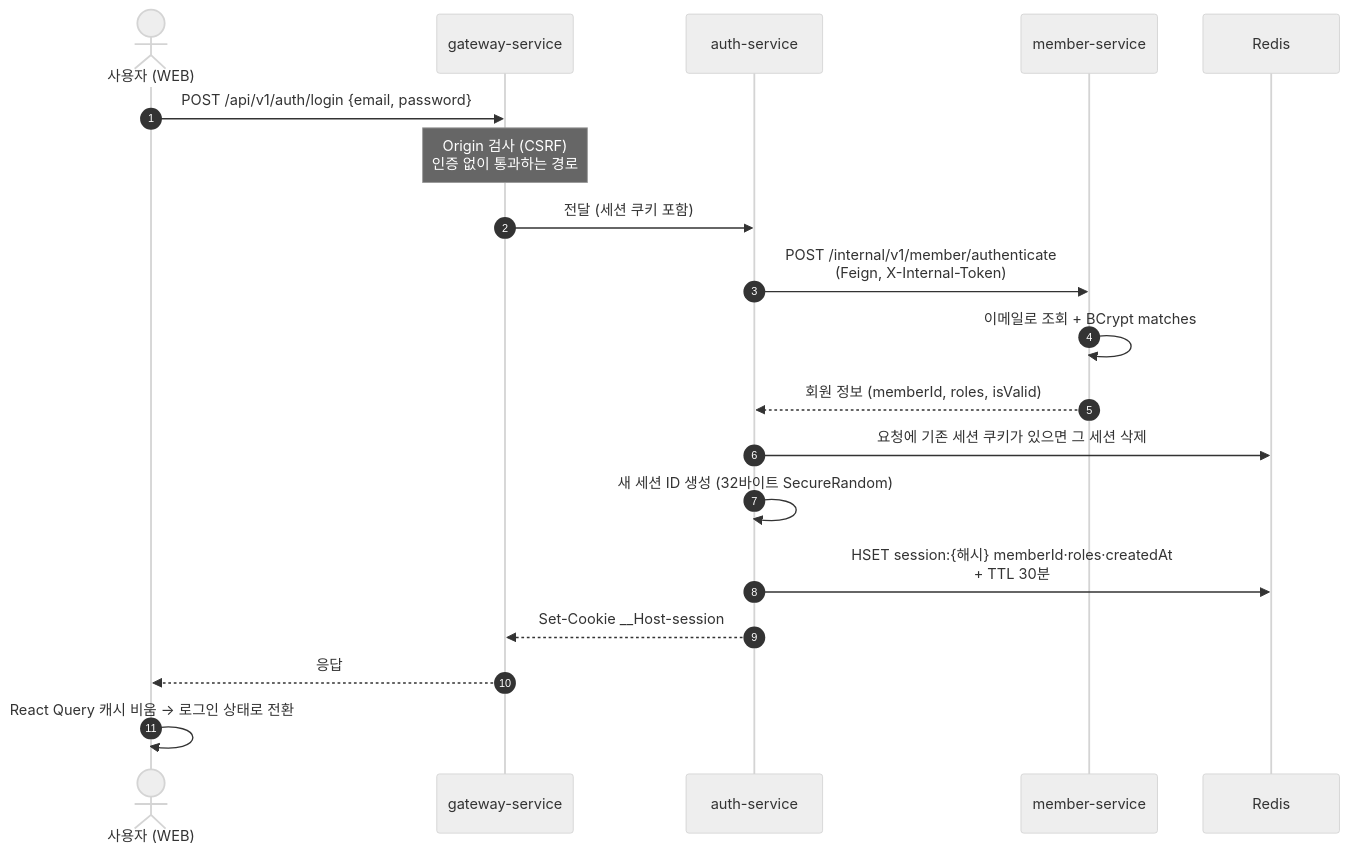
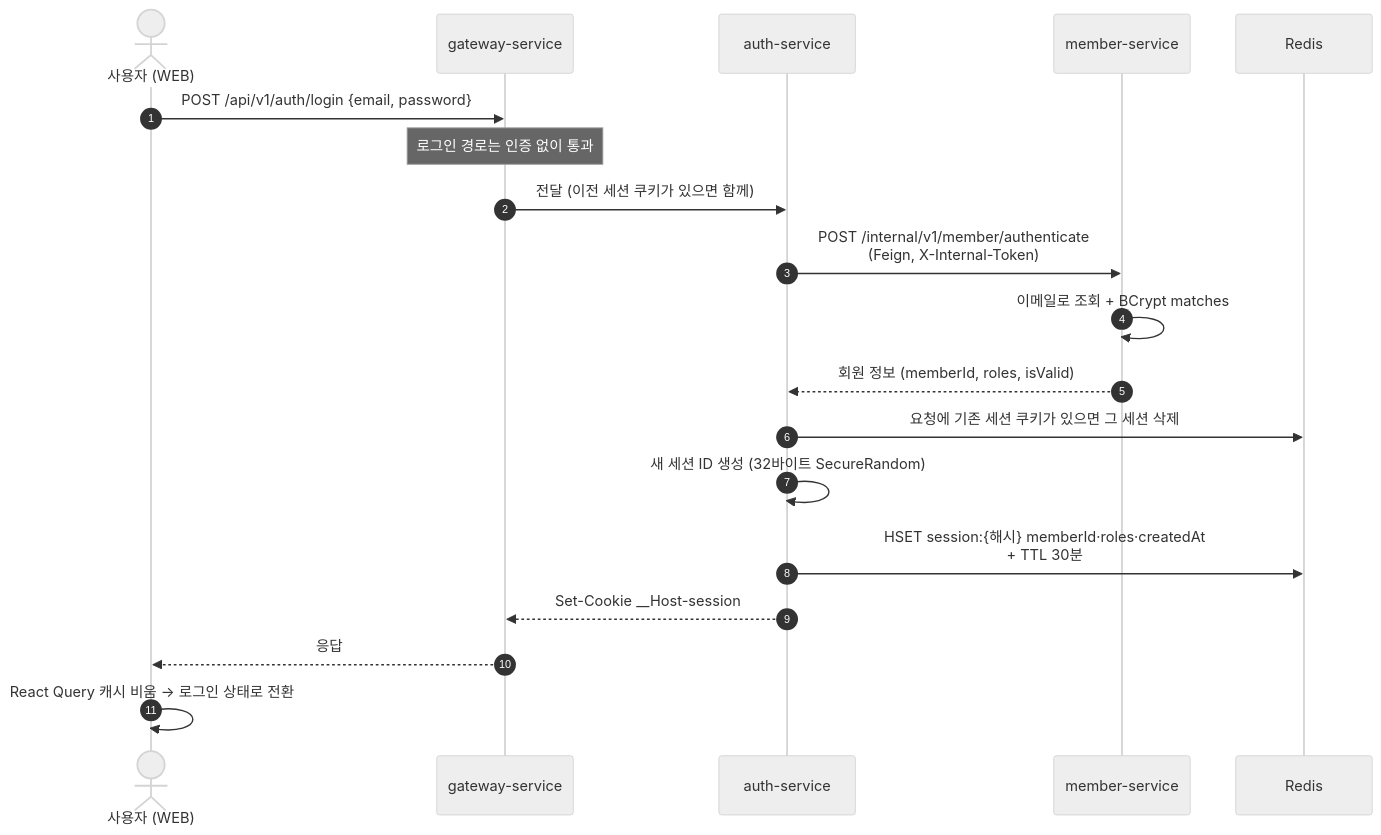
The first of 3 diagrams in .docs/spec/004-auth-spec.md (rivertw777/ModuDrive-API), drawn with Mermaid (neutral theme) before and after one commit. The commit also changed other lines of this file and 1 other file, not shown here.

First line of the commit message:
docs: restructure the auth spec around request flows

````diff
--- a/.docs/spec/004-auth-spec.md
+++ b/.docs/spec/004-auth-spec.md
@@ -93,22 +90,22 @@
 ```mermaid
 sequenceDiagram
     autonumber
     actor U as 사용자 (WEB)
     participant G as gateway-service
     participant A as auth-service
     participant M as member-service
     participant R as Redis
 
     U->>G: POST /api/v1/auth/login {email, password}
-    Note over G: Origin 검사 (CSRF)<br/>인증 없이 통과하는 경로
-    G->>A: 전달 (세션 쿠키 포함)
+    Note over G: 로그인 경로는 인증 없이 통과
+    G->>A: 전달 (이전 세션 쿠키가 있으면 함께)
     A->>M: POST /internal/v1/member/authenticate<br/>(Feign, X-Internal-Token)
     M->>M: 이메일로 조회 + BCrypt matches
     M-->>A: 회원 정보 (memberId, roles, isValid)
     A->>R: 요청에 기존 세션 쿠키가 있으면 그 세션 삭제
     A->>A: 새 세션 ID 생성 (32바이트 SecureRandom)
     A->>R: HSET session:{해시} memberId·roles·createdAt<br/>+ TTL 30분
     A-->>G: Set-Cookie __Host-session
     G-->>U: 응답
     U->>U: React Query 캐시 비움 → 로그인 상태로 전환
 ```
````
